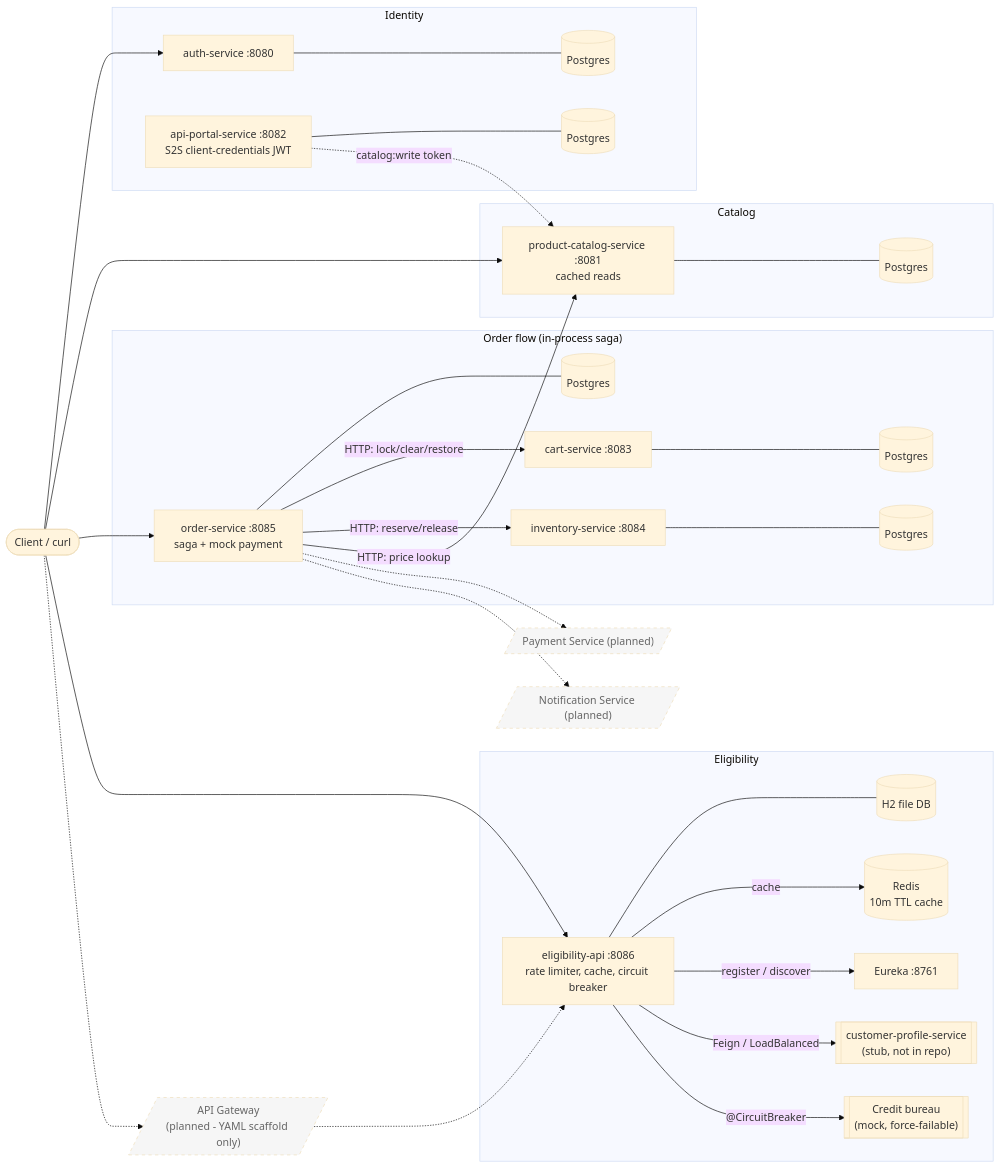
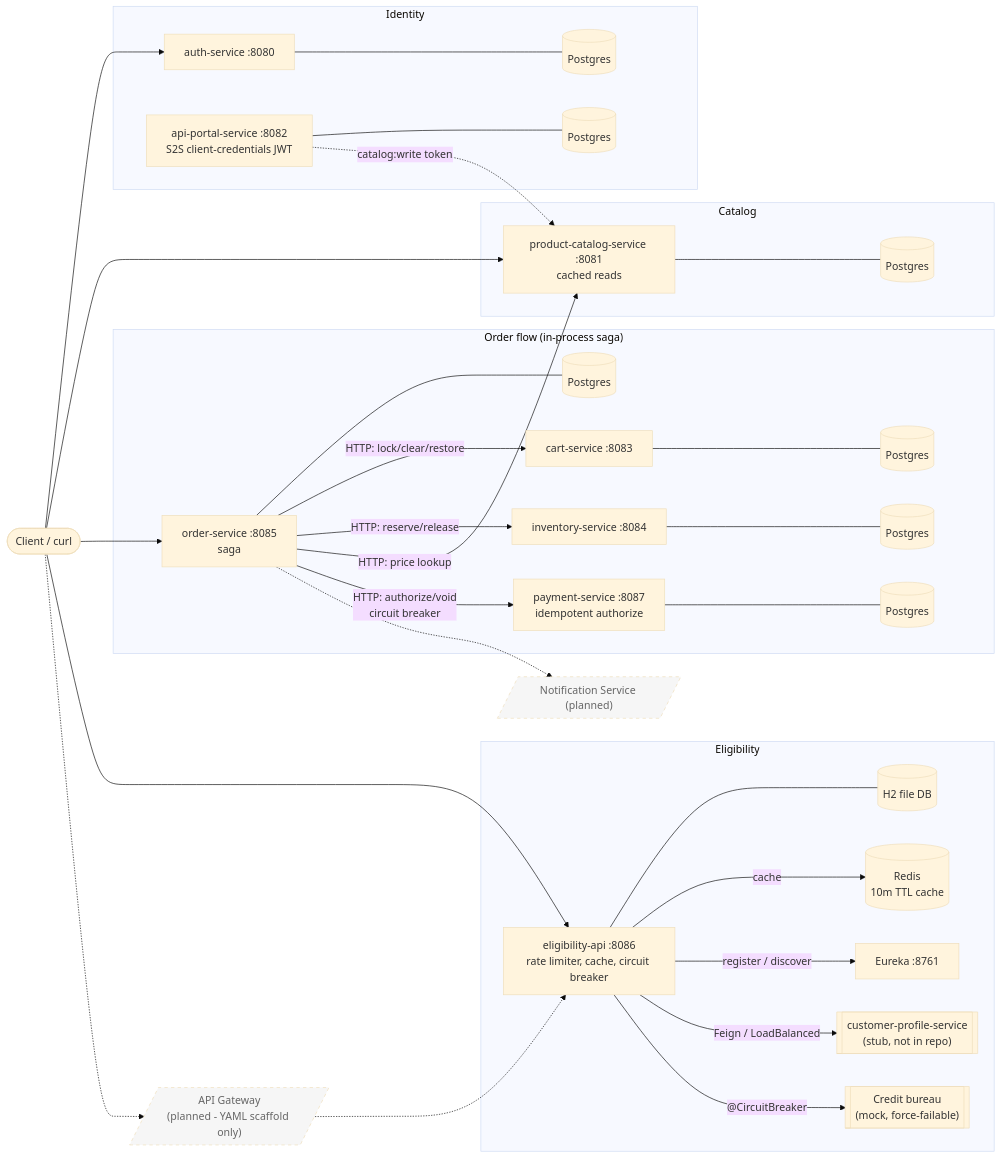
One commit to ysimhadri/ecommerce-microservices changed the diagram in docs/architecture.md. Above: the diagram before and after it, drawn with Mermaid (base theme). The commit also changed other lines of this file and 45 other files, not shown here.

First line of the commit message:
feat(payment): idempotent HTTP charges with a circuit breaker

````diff
--- a/docs/architecture.md
+++ b/docs/architecture.md
@@ -3,53 +3,53 @@
 ```mermaid
 flowchart LR
   client([Client / curl])
   gw[/"API Gateway<br/>(planned - YAML scaffold only)"/]:::planned
 
   subgraph Identity
     auth["auth-service :8080"] --- authdb[(Postgres)]
     portal["api-portal-service :8082<br/>S2S client-credentials JWT"] --- portaldb[(Postgres)]
   end
 
   subgraph Catalog
     catalog["product-catalog-service :8081<br/>cached reads"] --- catdb[(Postgres)]
   end
 
   subgraph OrderFlow["Order flow (in-process saga)"]
-    order["order-service :8085<br/>saga + mock payment"] --- orderdb[(Postgres)]
+    order["order-service :8085<br/>saga"] --- orderdb[(Postgres)]
+    pay["payment-service :8087<br/>idempotent authorize"] --- paydb[(Postgres)]
     cart["cart-service :8083"] --- cartdb[(Postgres)]
     inv["inventory-service :8084"] --- invdb[(Postgres)]
   end
 
   subgraph Eligibility
     elig["eligibility-api :8086<br/>rate limiter, cache, circuit breaker"]
     eligdb[(H2 file DB)]
     redis[(Redis<br/>10m TTL cache)]
     eureka["Eureka :8761"]
     bureau[["Credit bureau<br/>(mock, force-failable)"]]
     profile[["customer-profile-service<br/>(stub, not in repo)"]]
     elig --- eligdb
   end
 
   client --> auth
   client --> catalog
   client --> order
   client --> elig
   client -.-> gw -.-> elig
 
   order -->|"HTTP: lock/clear/restore"| cart
   order -->|"HTTP: reserve/release"| inv
   order -->|"HTTP: price lookup"| catalog
+  order -->|"HTTP: authorize/void<br/>circuit breaker"| pay
   portal -.->|"catalog:write token"| catalog
 
   elig -->|cache| redis
   elig -->|register / discover| eureka
   elig -->|"Feign / LoadBalanced"| profile
   elig -->|"@CircuitBreaker"| bureau
 
-  pay[/"Payment Service (planned)"/]:::planned
   notif[/"Notification Service (planned)"/]:::planned
-  order -.-> pay
   order -.-> notif
 
   classDef planned stroke-dasharray: 5 5,fill:#f6f6f6,color:#666;
 ```
````
